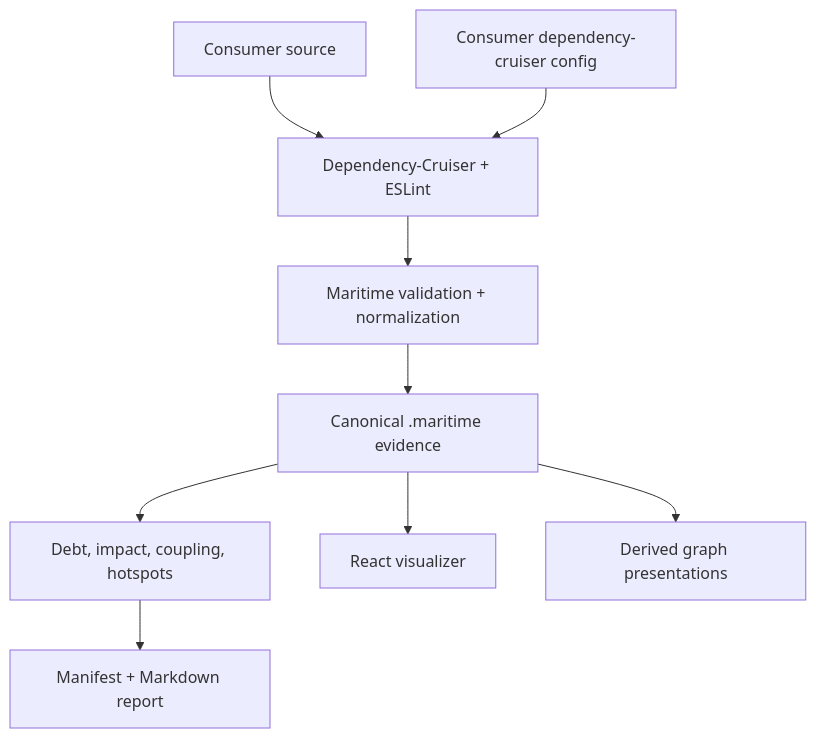
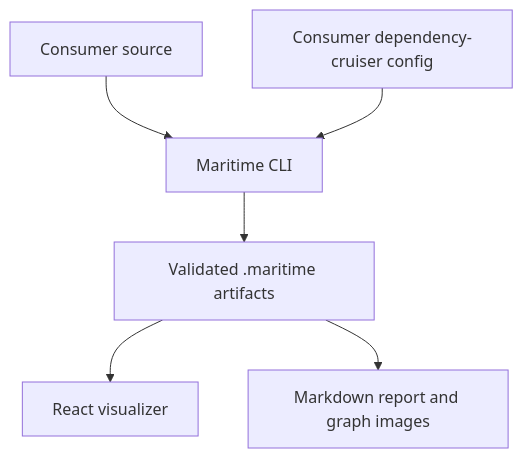
Before and after one commit to g1ddy/dependency-maritime: the diagram in docs/ARCHITECTURE.md, drawn with Mermaid. The commit also changed other lines of this file and 16 other files, not shown here.

Commit message:
feat(cli): upgrade to dependency-cruiser 18.x and expose richer architecture analysis

```diff
--- a/docs/ARCHITECTURE.md
+++ b/docs/ARCHITECTURE.md
@@ -13,11 +13,8 @@
 ~~~mermaid
 flowchart TD
-  Source["Consumer source"] --> Analyzer["Dependency-Cruiser + ESLint"]
-  Config["Consumer dependency-cruiser config"] --> Analyzer
-  Analyzer --> Normalize["Maritime validation + normalization"]
-  Normalize --> Artifact["Canonical .maritime evidence"]
-  Artifact --> Interpret["Debt, impact, coupling, hotspots"]
-  Interpret --> Report["Manifest + Markdown report"]
+  Source["Consumer source"] --> CLI["Maritime CLI"]
+  Config["Consumer dependency-cruiser config"] --> CLI
+  CLI --> Artifact["Validated .maritime artifacts"]
   Artifact --> UI["React visualizer"]
-  Artifact --> Graph["Derived graph presentations"]
+  Artifact --> Evidence["Markdown report and graph images"]
 ~~~
```
